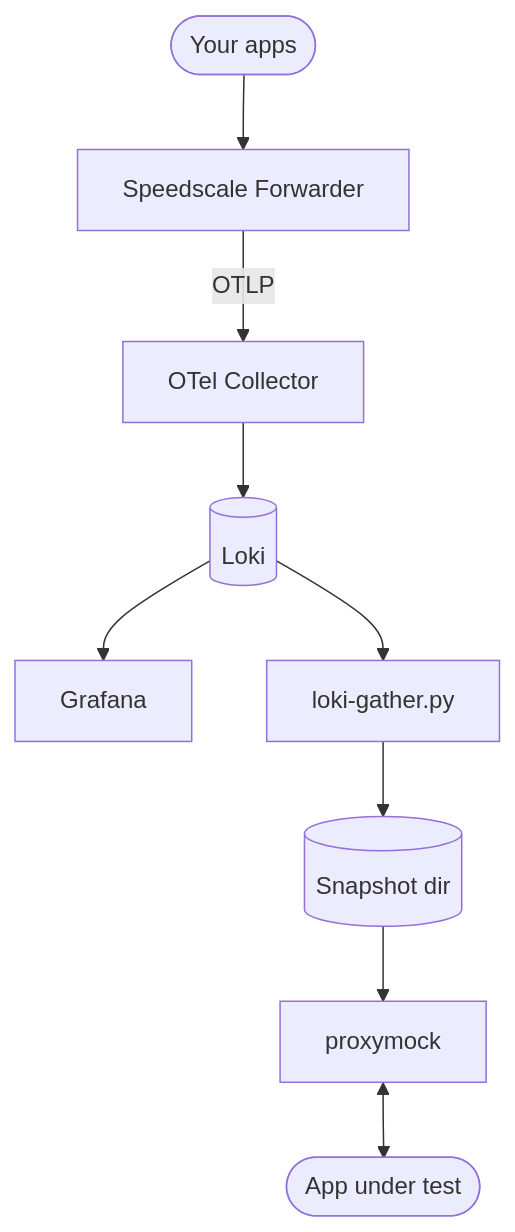
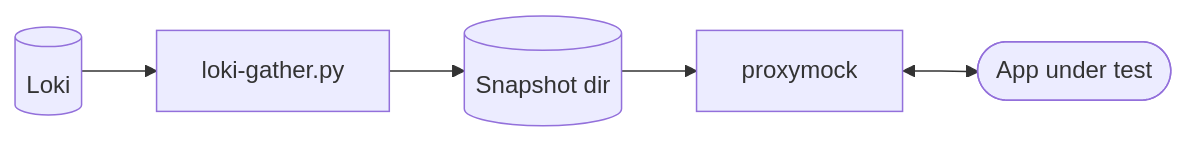
Before and after one commit to speedscale/demo: the second of 2 diagrams in reference-architectures/grafana/README.md, drawn with Mermaid. The commit also changed other lines of this file, not shown here.

Commit message:
docs(grafana): split architecture into capture + replay diagrams
One 9-node TB diagram was still doing too much. Splitting into two
short LR strips — one per half — lets each diagram sit next to the
paragraph that explains it, drops the OTLP edge label (wire-format
detail, not architectural), and keeps every diagram to 5 nodes wide.

````diff
--- a/reference-architectures/grafana/README.md
+++ b/reference-architectures/grafana/README.md
@@ -7,11 +19,7 @@
 ```mermaid
-flowchart TB
-    apps([Your apps]) --> fwd[Speedscale Forwarder]
-    fwd -- OTLP --> col[OTel Collector]
-    col --> loki[(Loki)]
-    loki --> grafana[Grafana]
-    loki --> gather[loki-gather.py]
+flowchart LR
+    loki[(Loki)] --> gather[loki-gather.py]
     gather --> snap[(Snapshot dir)]
     snap --> pm[proxymock]
     pm <--> test([App under test])
 ```
````
